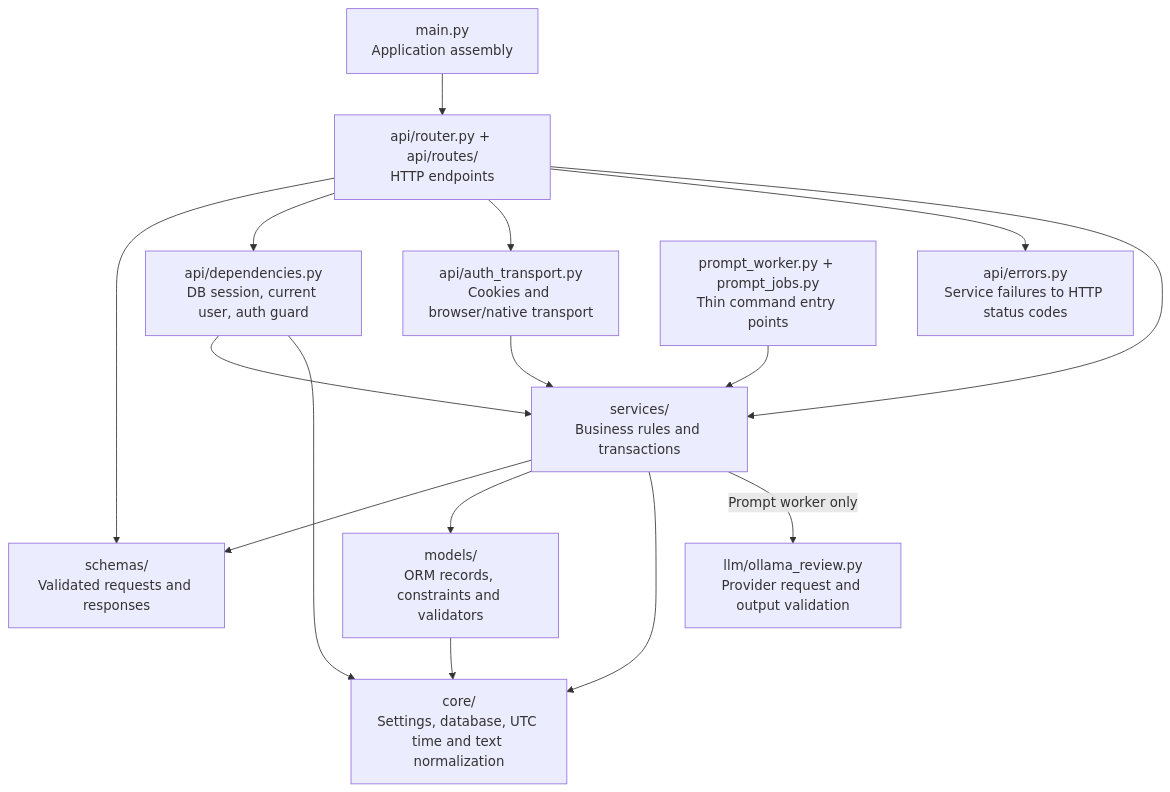
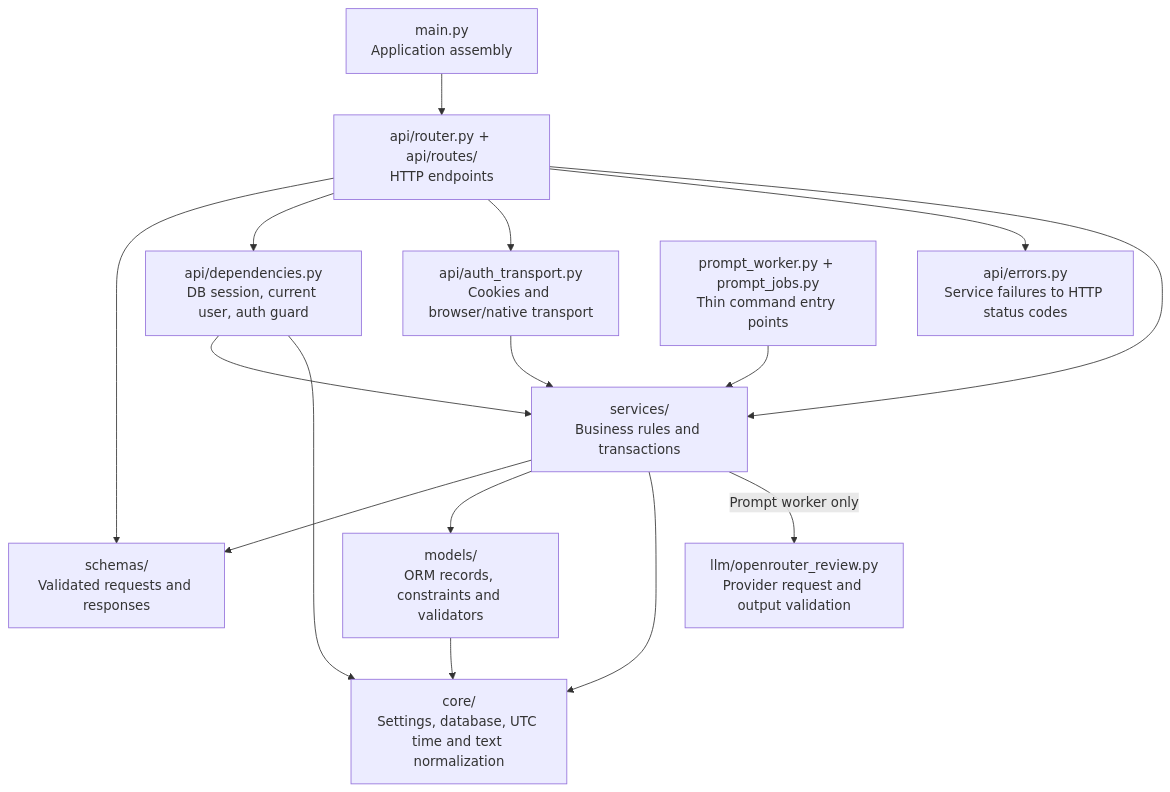
Before and after one commit to jerrynguyen0210/english-vocab-app: the second of 12 diagrams in docs/backend-architecture.md, drawn with Mermaid. The commit also changed other lines of this file and 17 other files, not shown here.

````diff
--- a/docs/backend-architecture.md
+++ b/docs/backend-architecture.md
@@ -64,30 +64,30 @@
 ```mermaid
 flowchart TB
     main["main.py<br/>Application assembly"]
     routes["api/router.py + api/routes/<br/>HTTP endpoints"]
     transport["api/auth_transport.py<br/>Cookies and browser/native transport"]
     deps["api/dependencies.py<br/>DB session, current user, auth guard"]
     schemas["schemas/<br/>Validated requests and responses"]
     errors["api/errors.py<br/>Service failures to HTTP status codes"]
     service["services/<br/>Business rules and transactions"]
     models["models/<br/>ORM records, constraints and validators"]
     core["core/<br/>Settings, database, UTC time and text normalization"]
-    llm["llm/ollama_review.py<br/>Provider request and output validation"]
+    llm["llm/openrouter_review.py<br/>Provider request and output validation"]
     entry["prompt_worker.py + prompt_jobs.py<br/>Thin command entry points"]
 
     main --> routes
     routes --> schemas
     routes --> deps
     routes --> transport
     routes --> errors
     routes --> service
     transport --> service
     deps --> service
     deps --> core
     service --> schemas
     service --> models
     service --> core
     models --> core
     entry --> service
     service -->|"Prompt worker only"| llm
 ```
````
